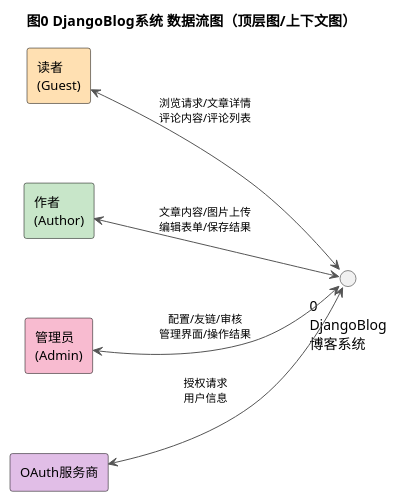
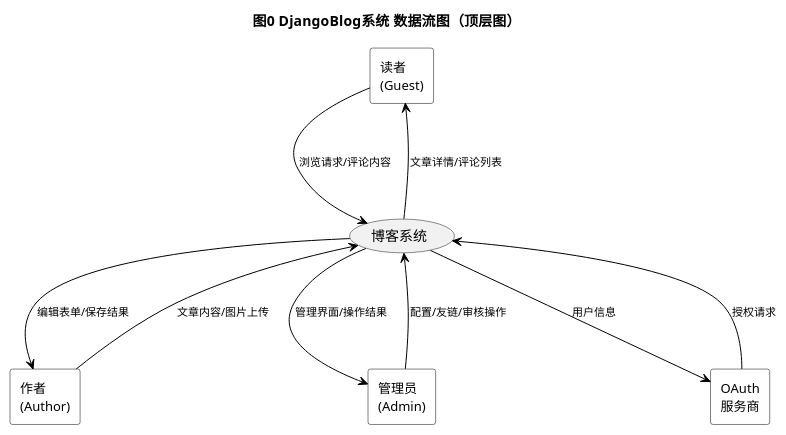
Before and after one commit to xiongyuanhao0525-bot/Class3-Group4: the first of 5 diagrams in doc/素材/纪秀茹/blog数据流图.puml, drawn with PlantUML. The commit also changed other lines of this file and 5 other files, not shown here.

Commit message:
纪秀茹：优化blog数据流图，调整样式

```diff
--- a/doc/素材/纪秀茹/blog数据流图.puml
+++ b/doc/素材/纪秀茹/blog数据流图.puml
@@ -1,31 +1,29 @@
 @startuml DFD-0顶层图
 skinparam defaultFontName "Microsoft YaHei"
 skinparam nodesep 80
 skinparam ranksep 100
 skinparam rectangle {
-  BackgroundColor #FEFEFE
+  BackgroundColor white
   BorderColor black
   FontSize 13
 }
-skinparam circle {
-  BackgroundColor #BBDEFB
-  BorderColor #1565C0
-  FontSize 14
-}
 skinparam ArrowFontSize 11
-skinparam ArrowColor #555555
+skinparam ArrowColor black
 skinparam Shadowing false
-left to right direction
-title 图0  DjangoBlog系统 数据流图（顶层图/上下文图）
+title 图0  DjangoBlog系统 数据流图（顶层图）
 
-rectangle "读者\n(Guest)" as E1 #FFE0B2
-rectangle "作者\n(Author)" as E2 #C8E6C9
-rectangle "管理员\n(Admin)" as E3 #F8BBD0
-rectangle "OAuth服务商" as E4 #E1BEE7
-circle "0\nDjangoBlog\n博客系统" as P0
+rectangle "读者\n(Guest)" as E1
+rectangle "作者\n(Author)" as E2
+rectangle "管理员\n(Admin)" as E3
+rectangle "OAuth\n服务商" as E4
+usecase "博客系统" as P0
 
-E1 <--> P0 : 浏览请求/文章详情\n评论内容/评论列表
-E2 <--> P0 : 文章内容/图片上传\n编辑表单/保存结果
-E3 <--> P0 : 配置/友链/审核\n管理界面/操作结果
-E4 <--> P0 : 授权请求\n用户信息
+E1 --> P0 : 浏览请求/评论内容
+P0 --> E1 : 文章详情/评论列表
+E2 --> P0 : 文章内容/图片上传
+P0 --> E2 : 编辑表单/保存结果
+E3 --> P0 : 配置/友链/审核操作
+P0 --> E3 : 管理界面/操作结果
+E4 --> P0 : 授权请求
+P0 --> E4 : 用户信息
 @enduml
```
